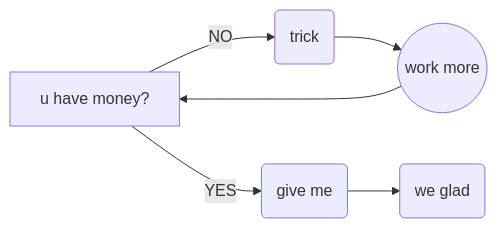
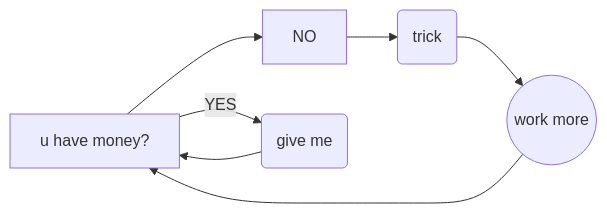
The diagram in README.md (DngYnQ/DngYnQ), drawn with Mermaid before and after one commit. The commit also changed other lines of this file, not shown here.

````diff
--- a/README.md
+++ b/README.md
@@ -4,7 +4,6 @@
 ```mermaid
 graph LR
-A[u have money?] -- NO --> G(trick)--> B((work more))
-A  -- YES --> C(give me)
+A[u have money?] --> NO --> G(trick)--> B((work more))
+A  -- YES --> C(give me) --> A
 B --> A
-C --> I(we glad)
 ```
````
